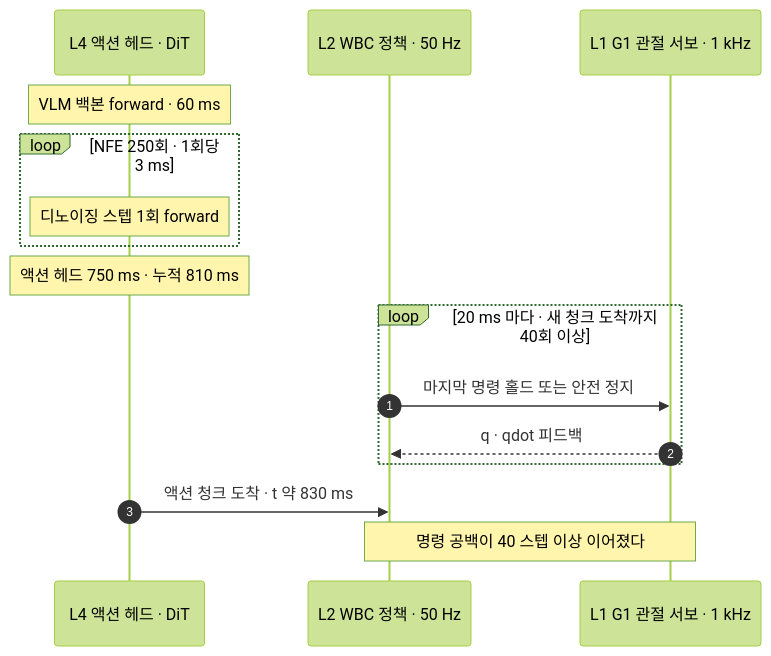
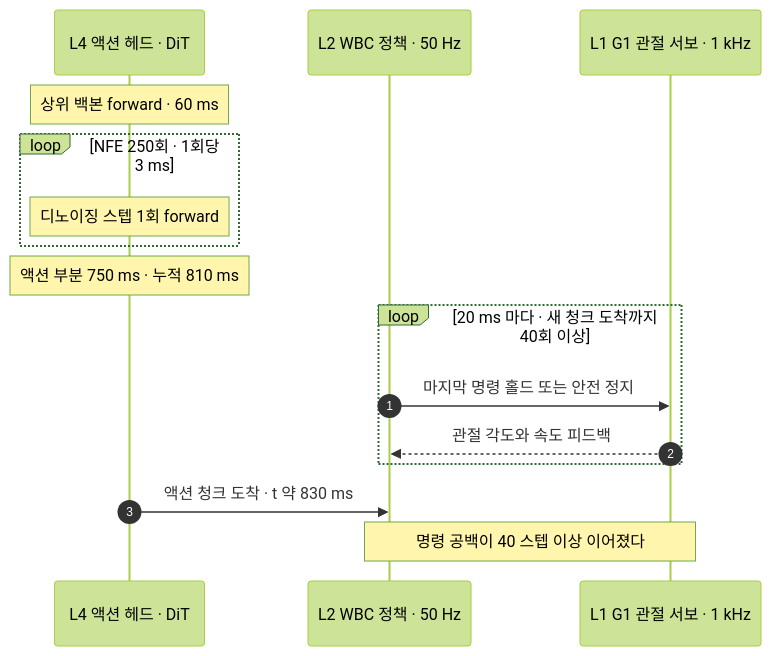
Before and after one commit to sguys99/physical-ai-study: the third of 5 diagrams in course/w1-generative-core/03-diffusion-ddpm-dit/lesson.md, drawn with Mermaid (forest theme). The commit also changed other lines of this file and 10 other files, not shown here.

````diff
--- a/course/w1-generative-core/03-diffusion-ddpm-dit/lesson.md
+++ b/course/w1-generative-core/03-diffusion-ddpm-dit/lesson.md
@@ -323,18 +443,18 @@
 ```mermaid
 sequenceDiagram
     autonumber
     participant L4 as L4 액션 헤드 · DiT
     participant L2 as L2 WBC 정책 · 50 Hz
     participant L1 as L1 G1 관절 서보 · 1 kHz
-    Note over L4: VLM 백본 forward · 60 ms
+    Note over L4: 상위 백본 forward · 60 ms
     loop NFE 250회 · 1회당 3 ms
         Note over L4: 디노이징 스텝 1회 forward
     end
-    Note over L4: 액션 헤드 750 ms · 누적 810 ms
+    Note over L4: 액션 부분 750 ms · 누적 810 ms
     loop 20 ms 마다 · 새 청크 도착까지 40회 이상
         L2->>L1: 마지막 명령 홀드 또는 안전 정지
-        L1-->>L2: q · qdot 피드백
+        L1-->>L2: 관절 각도와 속도 피드백
     end
     L4->>L2: 액션 청크 도착 · t 약 830 ms
     Note over L2,L1: 명령 공백이 40 스텝 이상 이어졌다
 ```
````
